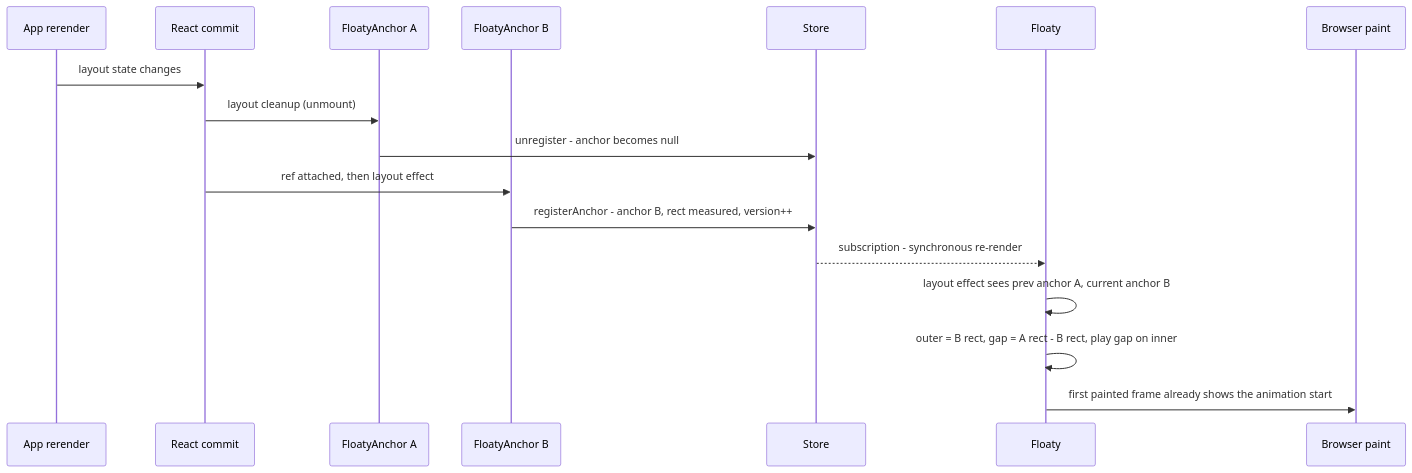
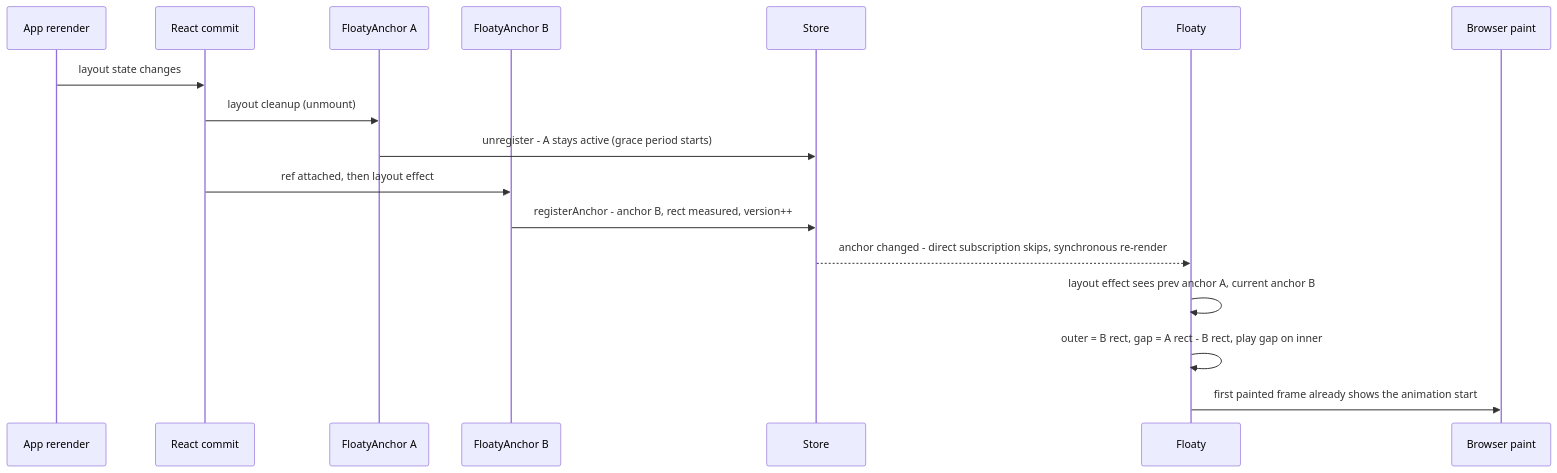
Before and after one commit to ryumy97/floaty: the fifth of 5 diagrams in docs/ARCHITECTURE.md, drawn with Mermaid. The commit also changed other lines of this file and 28 other files, not shown here.

````diff
--- a/docs/ARCHITECTURE.md
+++ b/docs/ARCHITECTURE.md
@@ -481,20 +591,20 @@
 ```mermaid
 sequenceDiagram
   participant App as App rerender
   participant React as React commit
   participant A as FloatyAnchor A
   participant B as FloatyAnchor B
   participant S as Store
   participant F as Floaty
   participant DOM as Browser paint
 
   App->>React: layout state changes
   React->>A: layout cleanup (unmount)
-  A->>S: unregister - anchor becomes null
+  A->>S: unregister - A stays active (grace period starts)
   React->>B: ref attached, then layout effect
   B->>S: registerAnchor - anchor B, rect measured, version++
-  S-->>F: subscription - synchronous re-render
+  S-->>F: anchor changed - direct subscription skips, synchronous re-render
   F->>F: layout effect sees prev anchor A, current anchor B
   F->>F: outer = B rect, gap = A rect - B rect, play gap on inner
   F->>DOM: first painted frame already shows the animation start
 ```
````
